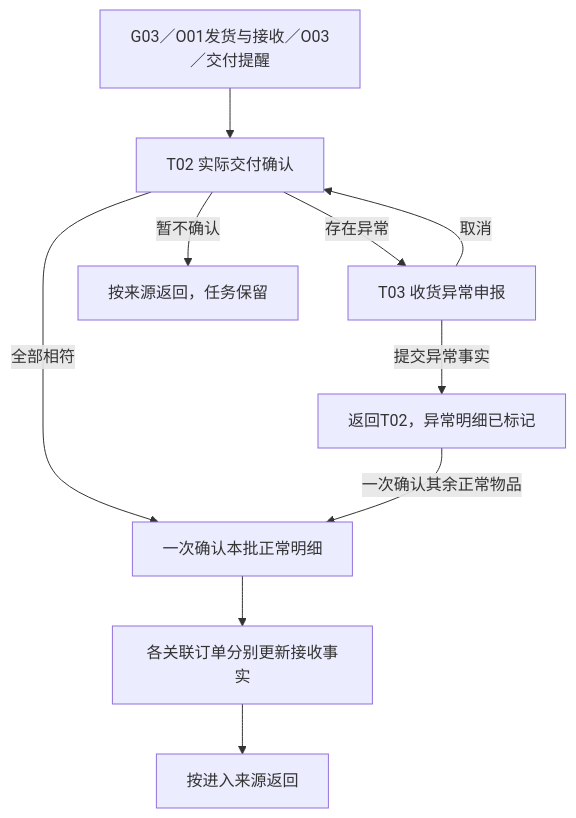
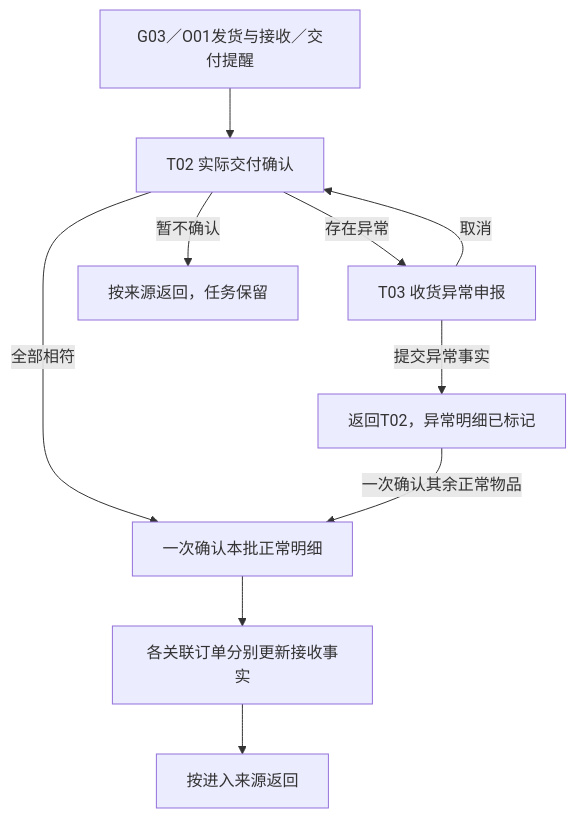
Diagram 14 of 19 in modules/APP-手术通知/03-设计池/02-手术通知APP页面流程-v0.5.md (Jimokov/orthoflow-erp), drawn with Mermaid before and after one commit. The commit also changed other lines of this file and 23 other files, not shown here.

````diff
--- a/modules/APP-手术通知/03-设计池/02-手术通知APP页面流程-v0.5.md
+++ b/modules/APP-手术通知/03-设计池/02-手术通知APP页面流程-v0.5.md
@@ -446,12 +455,12 @@
 ```mermaid
 flowchart TD
-    ENTRY["G03／O01发货与接收／O03／交付提醒"] --> T02["T02 实际交付确认"]
+    ENTRY["G03／O01发货与接收／交付提醒"] --> T02["T02 实际交付确认"]
     T02 -->|全部相符| CONFIRM["一次确认本批正常明细"]
     T02 -->|存在异常| T03["T03 收货异常申报"]
     T03 -->|提交异常事实| T02A["返回T02，异常明细已标记"]
     T03 -->|取消| T02
     T02A -->|一次确认其余正常物品| CONFIRM
     T02 -->|暂不确认| SOURCE["按来源返回，任务保留"]
     CONFIRM --> RESULT["各关联订单分别更新接收事实"]
     RESULT --> RETURN["按进入来源返回"]
 ```
````
